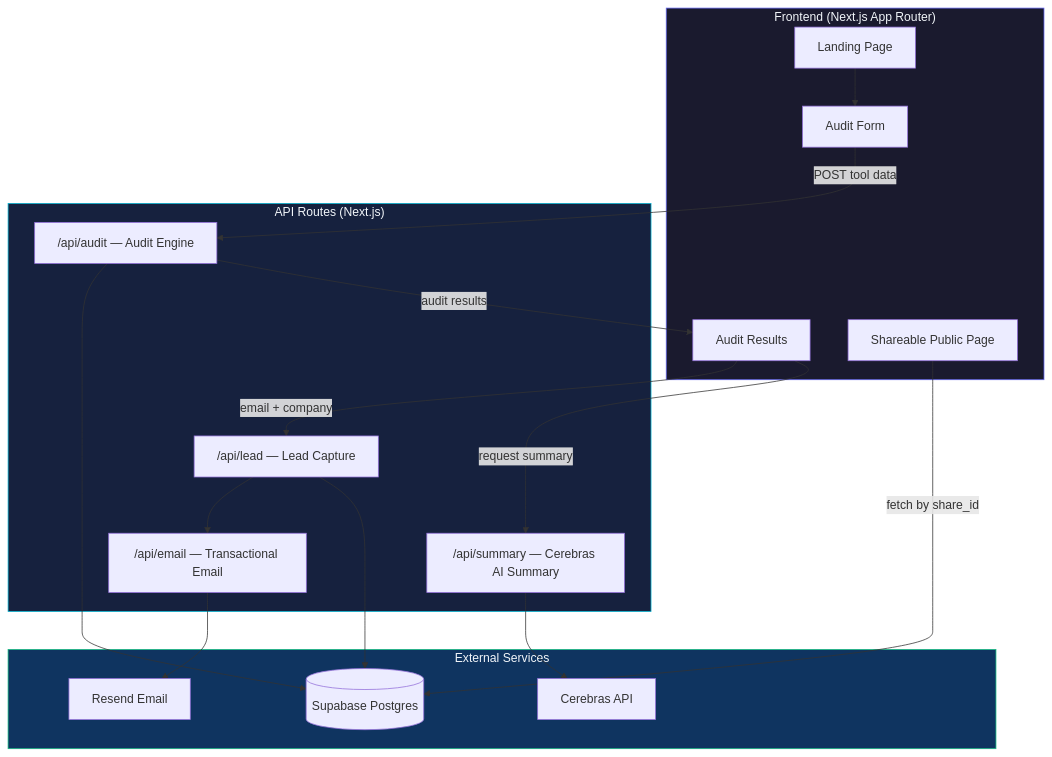
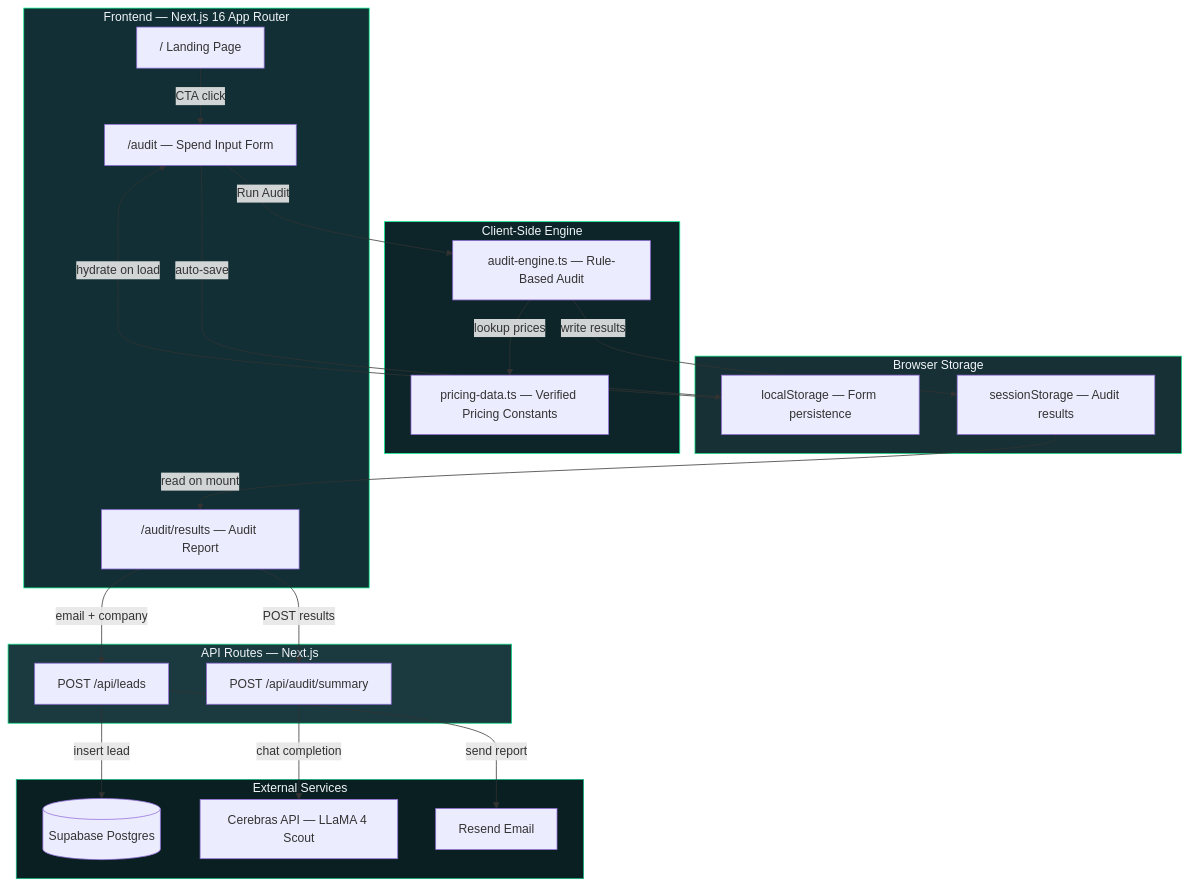
Before and after one commit to omnipotentchaos/Credex: the diagram in ARCHITECTURE.md, drawn with Mermaid. The commit also changed other lines of this file and 7 other files, not shown here.

````diff
--- a/ARCHITECTURE.md
+++ b/ARCHITECTURE.md
@@ -5,38 +5,48 @@
 ```mermaid
 graph TB
-    subgraph Client["Frontend (Next.js App Router)"]
-        LP[Landing Page]
-        AF[Audit Form]
-        AR[Audit Results]
-        SP[Shareable Public Page]
+    subgraph Client["Frontend — Next.js 16 App Router"]
+        LP["/ Landing Page"]
+        AF["/audit — Spend Input Form"]
+        AR["/audit/results — Audit Report"]
     end
 
-    subgraph API["API Routes (Next.js)"]
-        AE["/api/audit — Audit Engine"]
-        AI["/api/summary — Cerebras AI Summary"]
-        LC["/api/lead — Lead Capture"]
-        EM["/api/email — Transactional Email"]
+    subgraph API["API Routes — Next.js"]
+        SM["POST /api/audit/summary"]
+        LC["POST /api/leads"]
+    end
+
+    subgraph Engine["Client-Side Engine"]
+        AE["audit-engine.ts — Rule-Based Audit"]
+        PD["pricing-data.ts — Verified Pricing Constants"]
     end
 
     subgraph External["External Services"]
         SB[(Supabase Postgres)]
-        CB[Cerebras API]
+        CB[Cerebras API — LLaMA 4 Scout]
         RS[Resend Email]
     end
 
-    LP --> AF
-    AF -->|"POST tool data"| AE
-    AE -->|"audit results"| AR
-    AR -->|"request summary"| AI
+    subgraph Storage["Browser Storage"]
+        LS["localStorage — Form persistence"]
+        SS["sessionStorage — Audit results"]
+    end
+
+    LP -->|"CTA click"| AF
+    AF -->|"auto-save"| LS
+    LS -->|"hydrate on load"| AF
+    AF -->|"Run Audit"| AE
+    AE -->|"lookup prices"| PD
+    AE -->|"write results"| SS
+    SS -->|"read on mount"| AR
+    AR -->|"POST results"| SM
+    SM -->|"chat completion"| CB
     AR -->|"email + company"| LC
-    LC --> SB
-    LC --> EM
-    AI --> CB
-    EM --> RS
-    AE --> SB
-    SP -->|"fetch by share_id"| SB
+    LC -->|"insert lead"| SB
+    LC -->|"send report"| RS
 
-    style Client fill:#1a1a2e,stroke:#6366f1,color:#f1f5f9
-    style API fill:#16213e,stroke:#06b6d4,color:#f1f5f9
-    style External fill:#0f3460,stroke:#10b981,color:#f1f5f9
+    style Client fill:#112F34,stroke:#0FF395,color:#f1f5f9
+    style API fill:#1a3a40,stroke:#0AD87D,color:#f1f5f9
+    style Engine fill:#0d2528,stroke:#0FF395,color:#f1f5f9
+    style External fill:#0a1f22,stroke:#10b981,color:#f1f5f9
+    style Storage fill:#163035,stroke:#0AD87D,color:#f1f5f9
 ```
````
